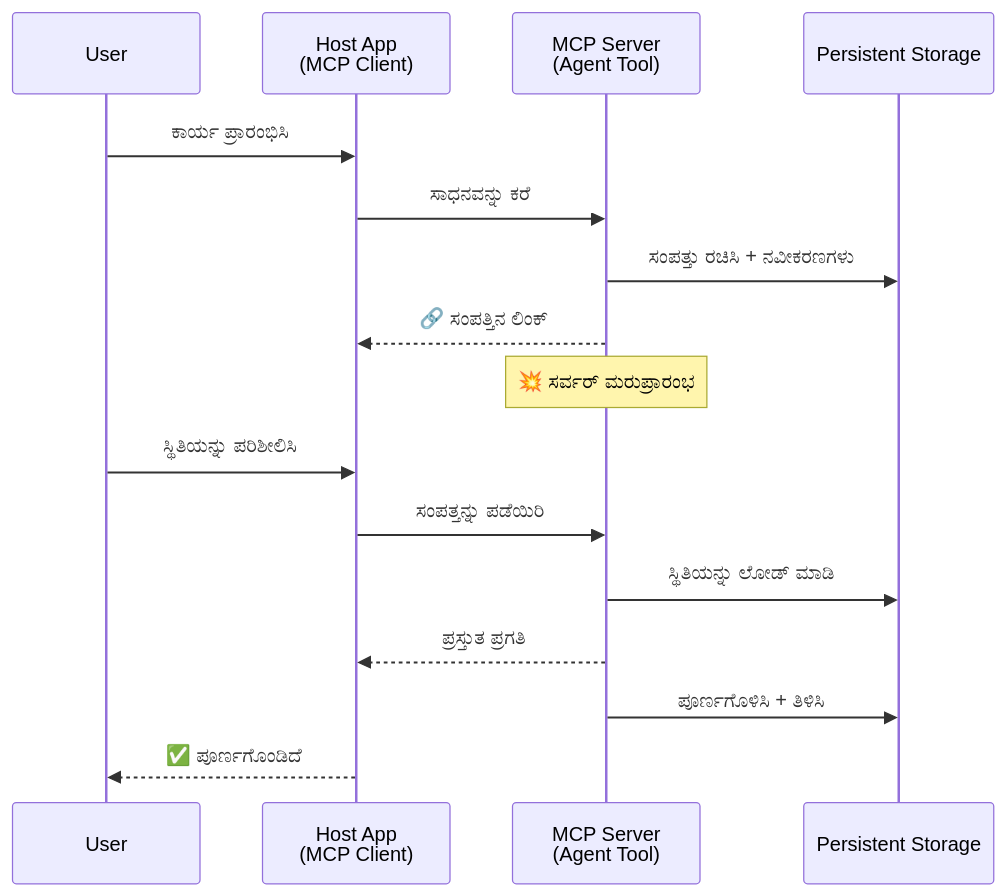
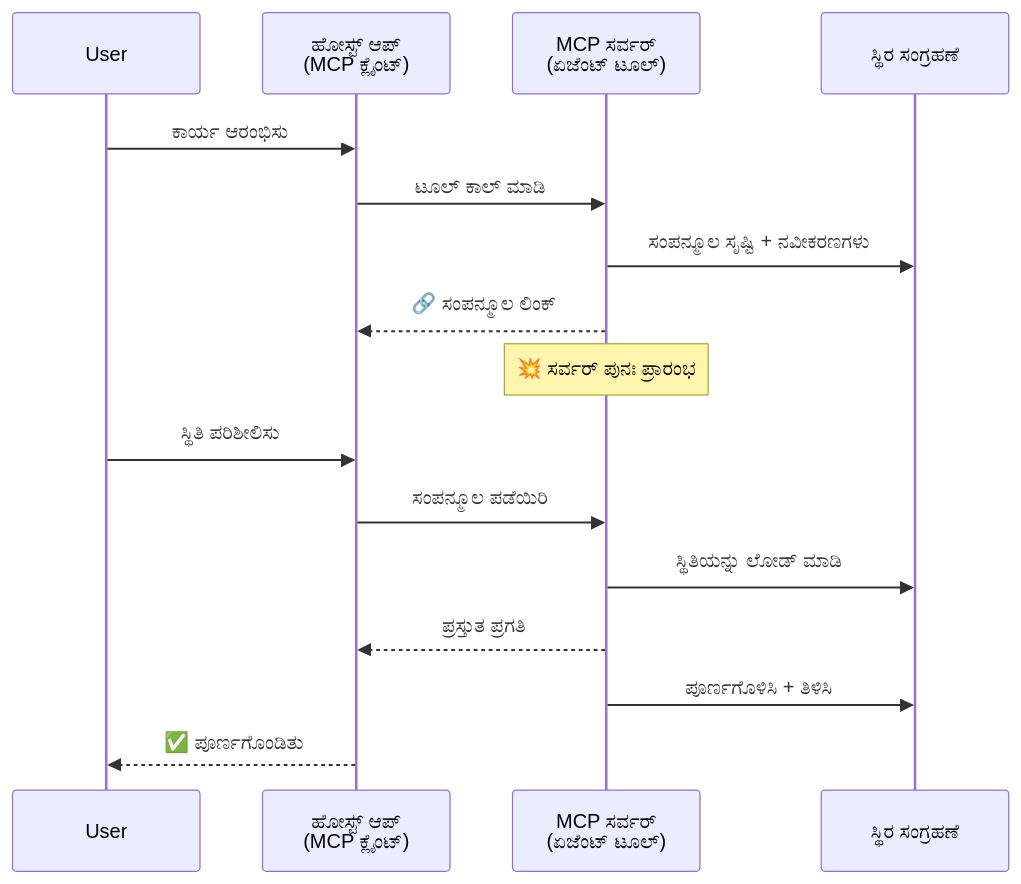
One commit to gabrielmoreira/agent-skills-mirror changed the third of 5 diagrams in mirrors/repos/microsoft@ai-agents-for-beginners/translations/kn/11-agentic-protocols/code_samples/mcp-agents/README.md. Above: the diagram before and after it, drawn with Mermaid. The commit also changed other lines of this file and 4482 other files, not shown here.

````diff
--- a/mirrors/repos/microsoft@ai-agents-for-beginners/translations/kn/11-agentic-protocols/code_samples/mcp-agents/README.md
+++ b/mirrors/repos/microsoft@ai-agents-for-beginners/translations/kn/11-agentic-protocols/code_samples/mcp-agents/README.md
@@ -121,21 +123,21 @@
 ```mermaid
 sequenceDiagram
     participant User
-    participant Host as Host App<br/>(MCP Client)
-    participant Server as MCP Server<br/>(Agent Tool)
-    participant DB as Persistent Storage
+    participant Host as ಹೋಸ್ಟ್ ಆಪ್<br/>(MCP ಕ್ಲೈಂಟ್)
+    participant Server as MCP ಸರ್ವರ್<br/>(ಏಜೆಂಟ್ ಟೂಲ್)
+    participant DB as ಸ್ಥಿರ ಸಂಗ್ರಹಣೆ
 
-    User->>Host: ಕಾರ್ಯ ಪ್ರಾರಂಭಿಸಿ
-    Host->>Server: ಸಾಧನವನ್ನು ಕರೆ
-    Server->>DB: ಸಂಪತ್ತು ರಚಿಸಿ + ನವೀಕರಣಗಳು
-    Server-->>Host: 🔗 ಸಂಪತ್ತಿನ ಲಿಂಕ್
+    User->>Host: ಕಾರ್ಯ ಆರಂಭಿಸು
+    Host->>Server: ಟೂಲ್ ಕಾಲ್ ಮಾಡಿ
+    Server->>DB: ಸಂಪನ್ಮೂಲ ಸೃಷ್ಟಿ + ನವೀಕರಣಗಳು
+    Server-->>Host: 🔗 ಸಂಪನ್ಮೂಲ ಲಿಂಕ್
 
-    Note over Server: 💥 ಸರ್ವರ್ ಮರುಪ್ರಾರಂಭ
+    Note over Server: 💥 ಸರ್ವರ್ ಪುನಃ ಪ್ರಾರಂಭ
 
-    User->>Host: ಸ್ಥಿತಿಯನ್ನು ಪರಿಶೀಲಿಸಿ
-    Host->>Server: ಸಂಪತ್ತನ್ನು ಪಡೆಯಿರಿ
+    User->>Host: ಸ್ಥಿತಿ ಪರಿಶೀಲಿಸು
+    Host->>Server: ಸಂಪನ್ಮೂಲ ಪಡೆಯಿರಿ
     Server->>DB: ಸ್ಥಿತಿಯನ್ನು ಲೋಡ್ ಮಾಡಿ
     Server-->>Host: ಪ್ರಸ್ತುತ ಪ್ರಗತಿ
     Server->>DB: ಪೂರ್ಣಗೊಳಿಸಿ + ತಿಳಿಸಿ
-    Host-->>User: ✅ ಪೂರ್ಣಗೊಂಡಿದೆ
+    Host-->>User: ✅ ಪೂರ್ಣಗೊಂಡಿತು
 ```
````
